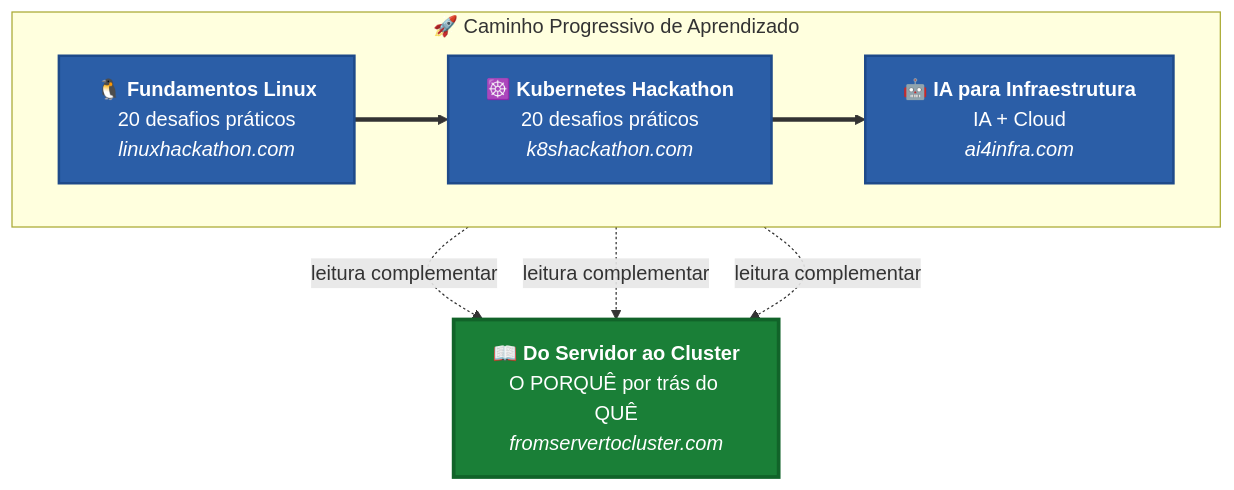
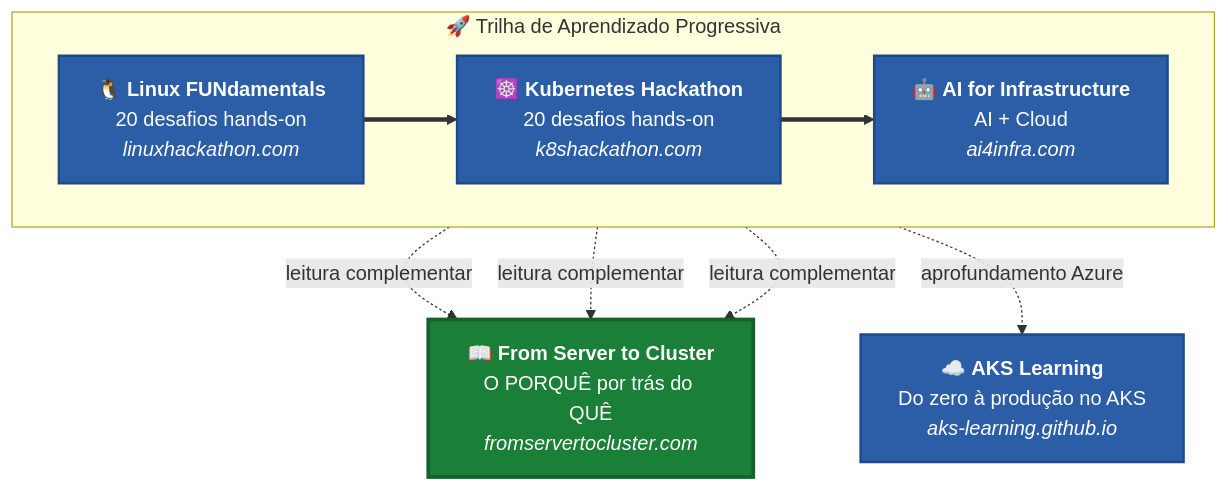
The diagram in README.md (ricmmartins/from-server-to-cluster), drawn with Mermaid before and after one commit. The commit also changed 1 other file, not shown here.

Commit message:
Adicionar referência ao AKS Learning na trilha de aprendizado

````diff
--- a/README.md
+++ b/README.md
@@ -61,24 +61,28 @@
 ```mermaid
 flowchart TB
-    subgraph journey["🚀 Caminho Progressivo de Aprendizado"]
+    subgraph journey["🚀 Trilha de Aprendizado Progressiva"]
         direction LR
-        A["🐧 <b>Fundamentos Linux</b><br/>20 desafios práticos<br/><i>linuxhackathon.com</i>"] ==> B["☸️ <b>Kubernetes Hackathon</b><br/>20 desafios práticos<br/><i>k8shackathon.com</i>"] ==> C["🤖 <b>IA para Infraestrutura</b><br/>IA + Cloud<br/><i>ai4infra.com</i>"]
+        A["🐧 <b>Linux FUNdamentals</b><br/>20 desafios hands-on<br/><i>linuxhackathon.com</i>"] ==> B["☸️ <b>Kubernetes Hackathon</b><br/>20 desafios hands-on<br/><i>k8shackathon.com</i>"] ==> C["🤖 <b>AI for Infrastructure</b><br/>AI + Cloud<br/><i>ai4infra.com</i>"]
     end
 
     A -.->|leitura complementar| D
     B -.->|leitura complementar| D
     C -.->|leitura complementar| D
 
-    D["📖 <b>Do Servidor ao Cluster</b><br/>O PORQUÊ por trás do QUÊ<br/><i>fromservertocluster.com</i>"]
+    B -.->|aprofundamento Azure| E
+
+    D["📖 <b>From Server to Cluster</b><br/>O PORQUÊ por trás do QUÊ<br/><i>fromservertocluster.com</i>"]
+    E["☁️ <b>AKS Learning</b><br/>Do zero à produção no AKS<br/><i>aks-learning.github.io</i>"]
 
     classDef challenge fill:#2b5ea7,stroke:#1e4a8a,color:#fff,stroke-width:2px
     classDef book fill:#1a7f37,stroke:#116329,color:#fff,stroke-width:3px
 
-    class A,B,C challenge
+    class A,B,C,E challenge
     class D book
 
     click A "https://linuxhackathon.com" _blank
     click B "https://k8shackathon.com" _blank
     click C "https://ai4infra.com" _blank
     click D "https://fromservertocluster.com" _blank
+    click E "https://aks-learning.github.io" _blank
 ```
````
